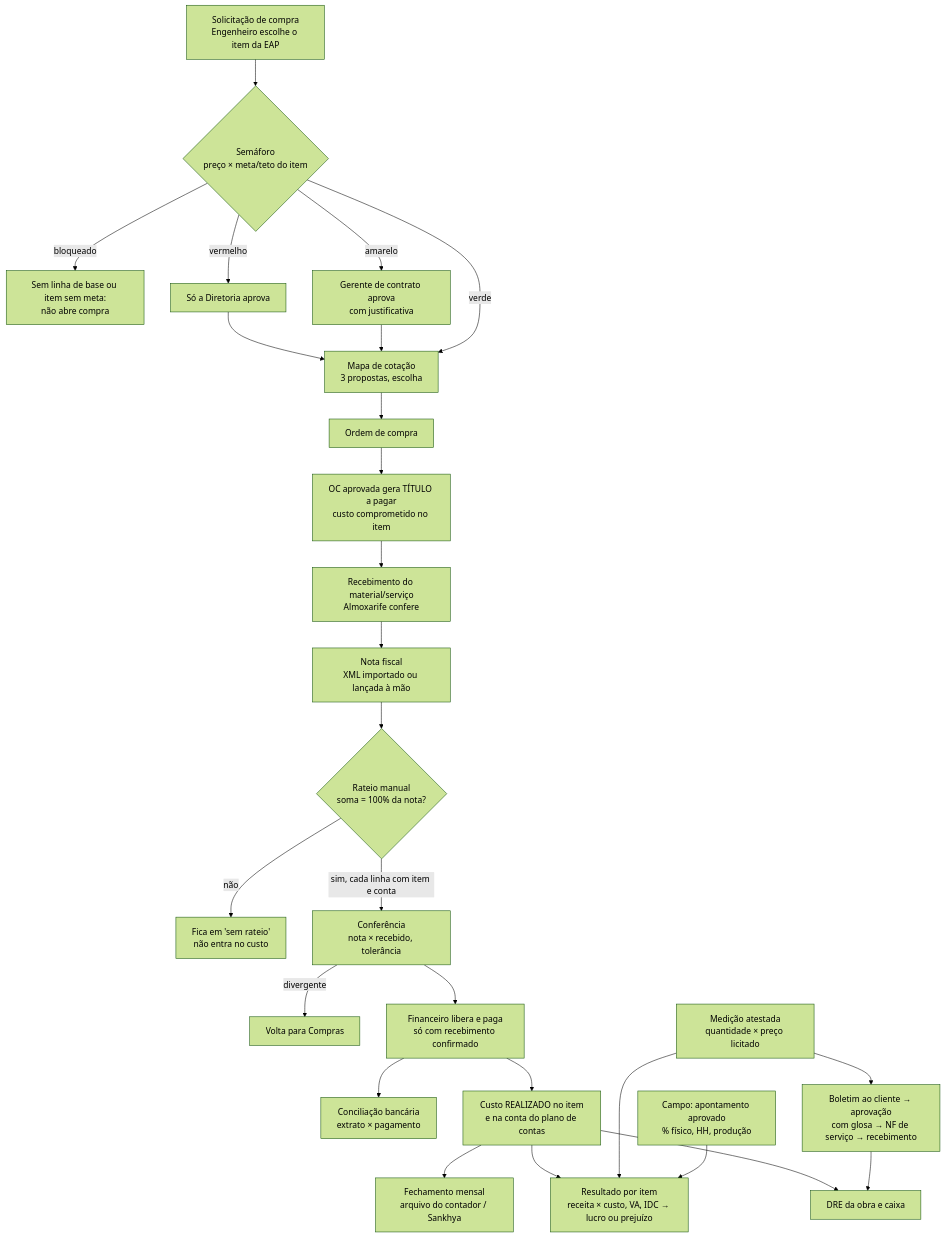
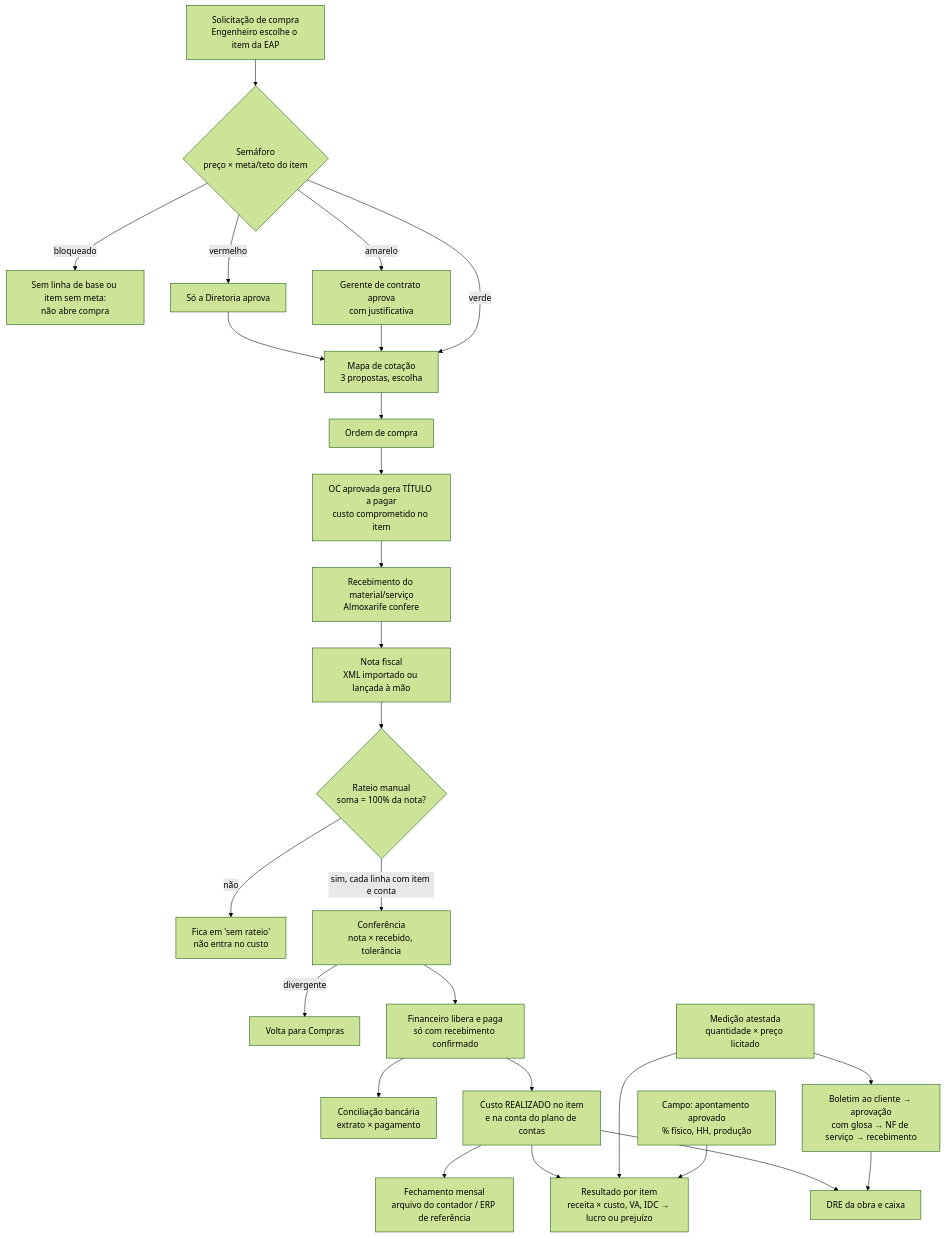
One commit to Joaodesouzanery/TAF changed the diagram in docs/FLUXO_NF.md. Above: the diagram before and after it, drawn with Mermaid (forest theme). The commit also changed 33 other files, not shown here.

````diff
--- a/docs/FLUXO_NF.md
+++ b/docs/FLUXO_NF.md
@@ -3,26 +3,26 @@
 ```mermaid
 flowchart TD
   A[Solicitação de compra\nEngenheiro escolhe o item da EAP] --> B{Semáforo\npreço × meta/teto do item}
   B -->|bloqueado| B1[Sem linha de base ou item sem meta:\nnão abre compra]
   B -->|verde| C
   B -->|amarelo| B2[Gerente de contrato aprova\ncom justificativa] --> C
   B -->|vermelho| B3[Só a Diretoria aprova] --> C
   C[Mapa de cotação\n3 propostas, escolha] --> D[Ordem de compra]
   D --> E[OC aprovada gera TÍTULO a pagar\ncusto comprometido no item]
   E --> F[Recebimento do material/serviço\nAlmoxarife confere]
   F --> G[Nota fiscal\nXML importado ou lançada à mão]
   G --> H{Rateio manual\nsoma = 100% da nota?}
   H -->|não| H1[Fica em 'sem rateio'\nnão entra no custo]
   H -->|sim, cada linha com item e conta| I[Conferência\nnota × recebido, tolerância]
   I -->|divergente| I1[Volta para Compras]
   I --> J[Financeiro libera e paga\nsó com recebimento confirmado]
   J --> K[Conciliação bancária\nextrato × pagamento]
   J --> L[Custo REALIZADO no item\ne na conta do plano de contas]
   M[Campo: apontamento aprovado\n% físico, HH, produção] --> N
   O[Medição atestada\nquantidade × preço licitado] --> N
   L --> N[Resultado por item\nreceita × custo, VA, IDC → lucro ou prejuízo]
   O --> P[Boletim ao cliente → aprovação\ncom glosa → NF de serviço → recebimento]
   P --> Q[DRE da obra e caixa]
   L --> Q
-  L --> R[Fechamento mensal\narquivo do contador / Sankhya]
+  L --> R[Fechamento mensal\narquivo do contador / ERP de referência]
 ```
````
